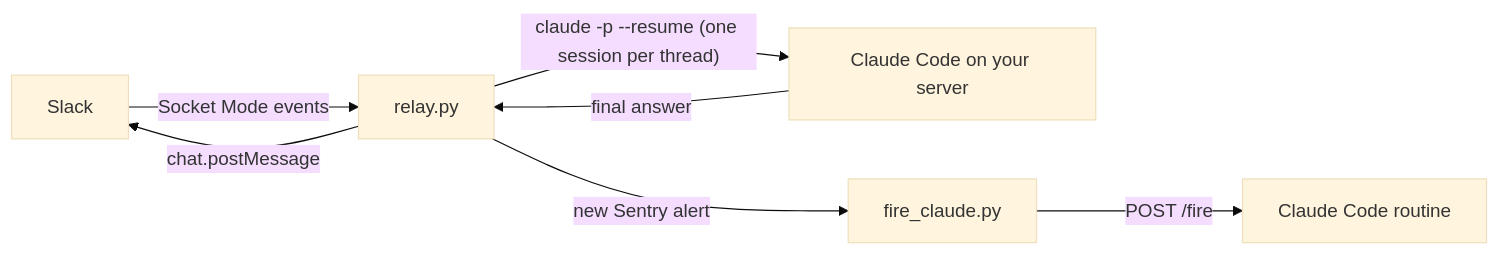
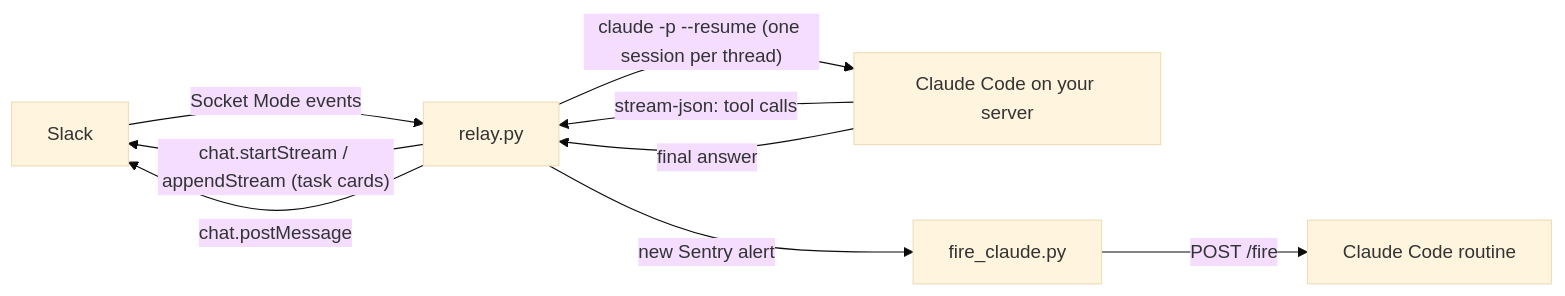
Before and after one commit to macch-ai/claudino: the diagram in README.md, drawn with Mermaid (base theme). The commit also changed other lines of this file and 10 other files, not shown here.

````diff
--- a/README.md
+++ b/README.md
@@ -24,7 +25,8 @@
 ```mermaid
 flowchart LR
     S[Slack] -- Socket Mode events --> R[relay.py]
     R -- "claude -p --resume (one session per thread)" --> C[Claude Code on your server]
+    C -- stream-json: tool calls --> R -- "chat.startStream / appendStream (task cards)" --> S
     C -- final answer --> R -- chat.postMessage --> S
     R -- new Sentry alert --> F[fire_claude.py] -- POST /fire --> RT[Claude Code routine]
 ```
````
